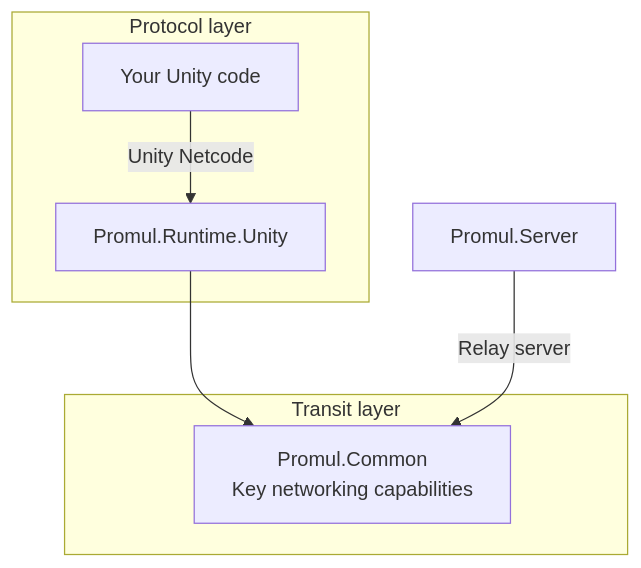
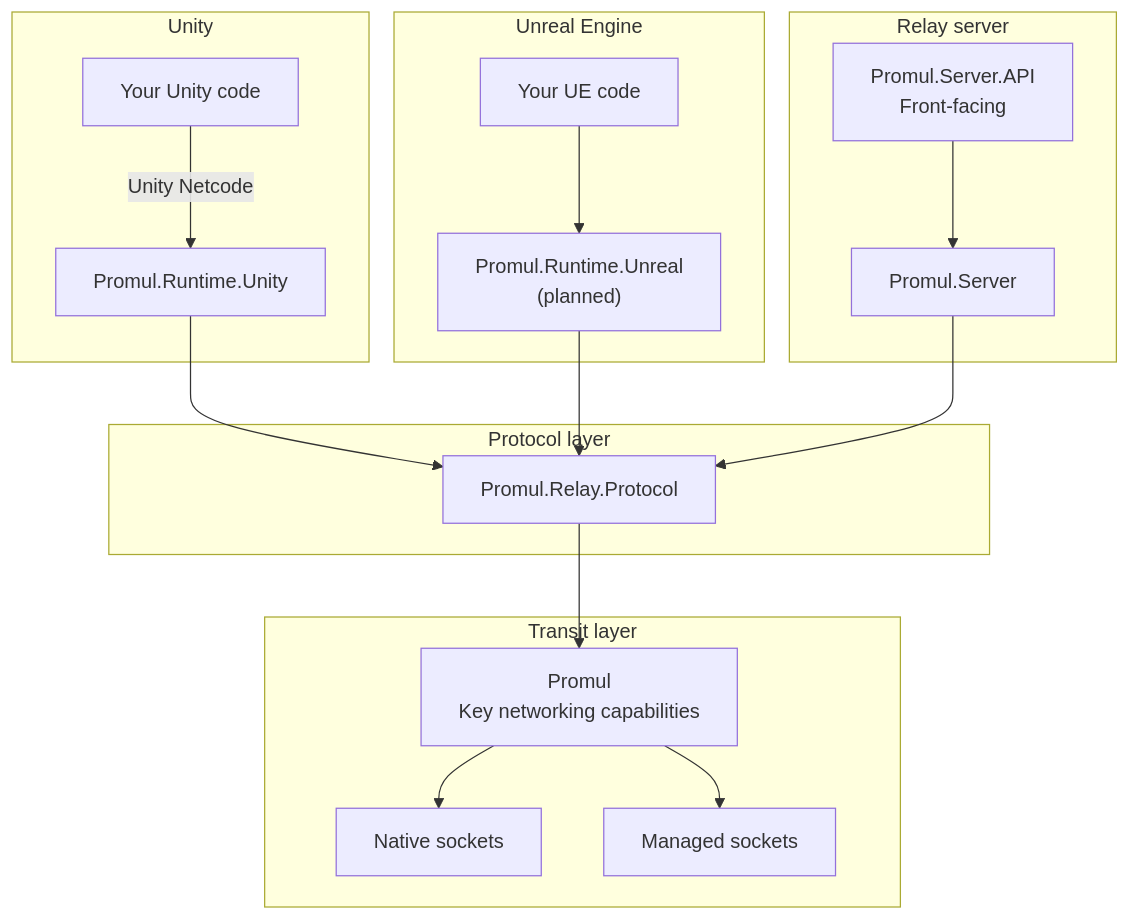
One commit to jacksonrakena/promul changed the first of 2 diagrams in README.md. Above: the diagram before and after it, drawn with Mermaid. The commit also changed 1 other file, not shown here.

Commit message:
Readme update

````diff
--- a/README.md
+++ b/README.md
@@ -28,10 +28,28 @@
 ```mermaid
 flowchart TD
+    subgraph Unity
+    Code[Your Unity code] -->|Unity Netcode| Runtime[Promul.Runtime.Unity]
+    end
+
+    subgraph Unreal Engine
+    UECode[Your UE code] --> RuntimeUE["Promul.Runtime.Unreal\n(planned)"]
+    end
+
     subgraph "Protocol layer"
-    A[Your Unity code] -->|Unity Netcode| B[Promul.Runtime.Unity]
+    Protocol[Promul.Relay.Protocol]
     end
+    Protocol-->Core
+    Runtime-->Protocol
+        RuntimeUE-->Protocol
+    
+    subgraph Relay server
+    API[Promul.Server.API\nFront-facing]-->Server[Promul.Server]
+    Server-->Protocol
+    end
+
     subgraph Transit layer
-    B --> C[Promul.Common\nKey networking capabilities]
+    Core[Promul\nKey networking capabilities]
+    Core-->Native[Native sockets]
+    Core-->Managed[Managed sockets]
     end
-    D[Promul.Server] -->|Relay server| C
 ```
````
